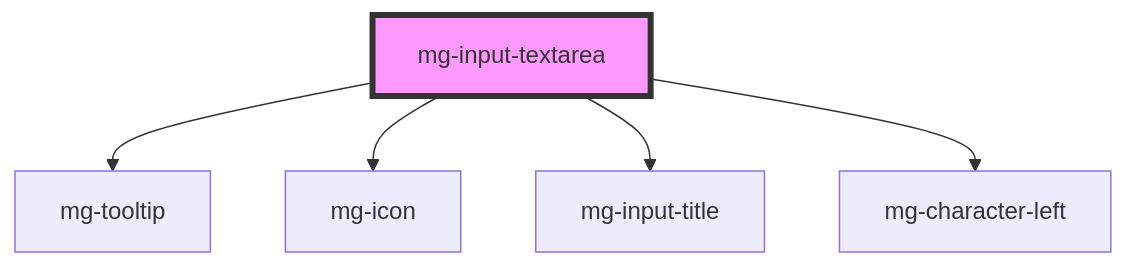
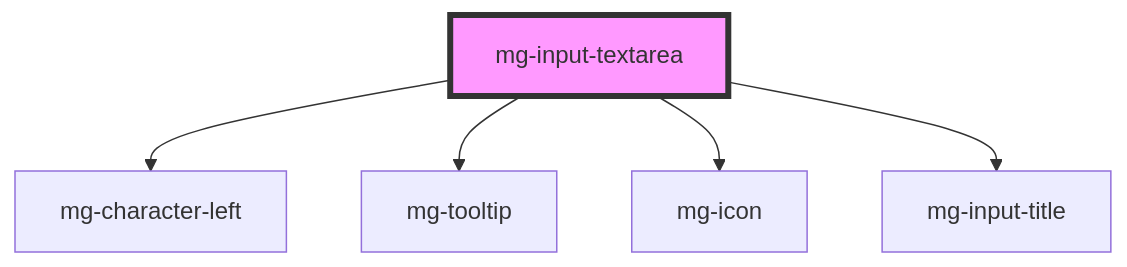
One commit to MGDIS/mg-components changed the diagram in src/components/molecules/inputs/mg-input-textarea/readme.md. Above: the diagram before and after it, drawn with Mermaid. The commit also changed other lines of this file and 97 other files, not shown here.

````diff
--- a/src/components/molecules/inputs/mg-input-textarea/readme.md
+++ b/src/components/molecules/inputs/mg-input-textarea/readme.md
@@ -79,8 +79,8 @@
 ```mermaid
 graph TD;
+  mg-input-textarea --> mg-character-left
   mg-input-textarea --> mg-tooltip
   mg-input-textarea --> mg-icon
   mg-input-textarea --> mg-input-title
-  mg-input-textarea --> mg-character-left
   style mg-input-textarea fill:#f9f,stroke:#333,stroke-width:4px
 ```
````
